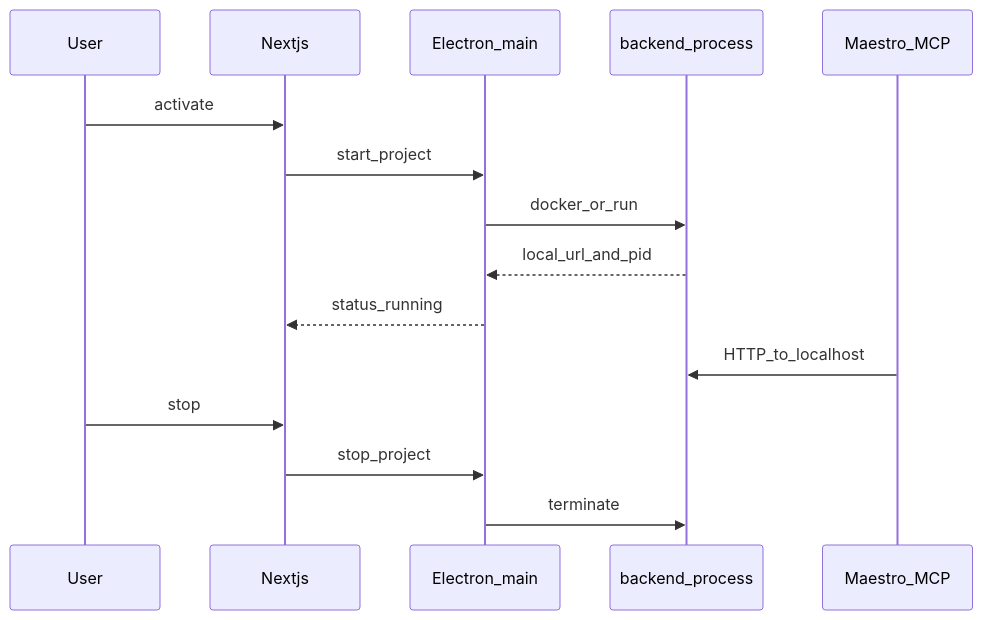
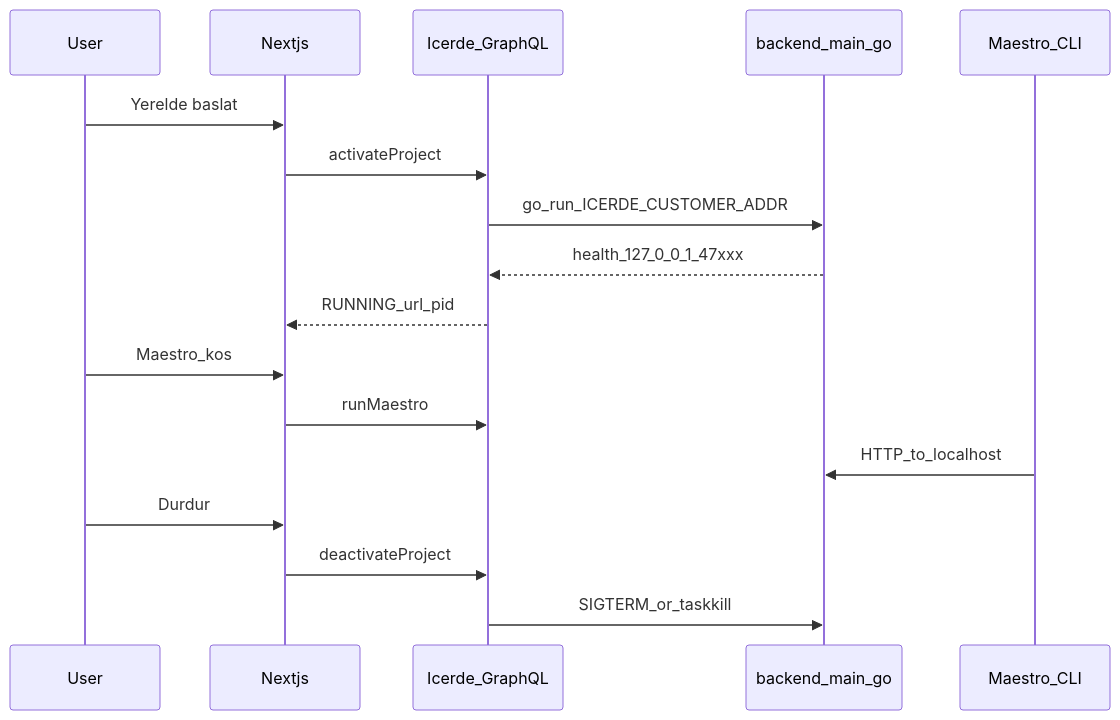
Before and after one commit to emrahyasinisik/Cherry: the first of 2 diagrams in docs/local-activate.md, drawn with Mermaid. The commit also changed other lines of this file and 42 other files, not shown here.

First line of the commit message:
Add local activate, Maestro run/skip, and bundled sidecars.

````diff
--- a/docs/local-activate.md
+++ b/docs/local-activate.md
@@ -11,17 +11,19 @@
 ```mermaid
 sequenceDiagram
   participant U as User
   participant UI as Nextjs
-  participant Main as Electron_main
-  participant Child as backend_process
-  participant Maestro as Maestro_MCP
-  U->>UI: activate
-  UI->>Main: start_project
-  Main->>Child: docker_or_run
-  Child-->>Main: local_url_and_pid
-  Main-->>UI: status_running
+  participant API as Icerde_GraphQL
+  participant Child as backend_main_go
+  participant Maestro as Maestro_CLI
+  U->>UI: Yerelde baslat
+  UI->>API: activateProject
+  API->>Child: go_run_ICERDE_CUSTOMER_ADDR
+  Child-->>API: health_127_0_0_1_47xxx
+  API-->>UI: RUNNING_url_pid
+  U->>UI: Maestro_kos
+  UI->>API: runMaestro
   Maestro->>Child: HTTP_to_localhost
-  U->>UI: stop
-  UI->>Main: stop_project
-  Main->>Child: terminate
+  U->>UI: Durdur
+  UI->>API: deactivateProject
+  API->>Child: SIGTERM_or_taskkill
 ```
````
